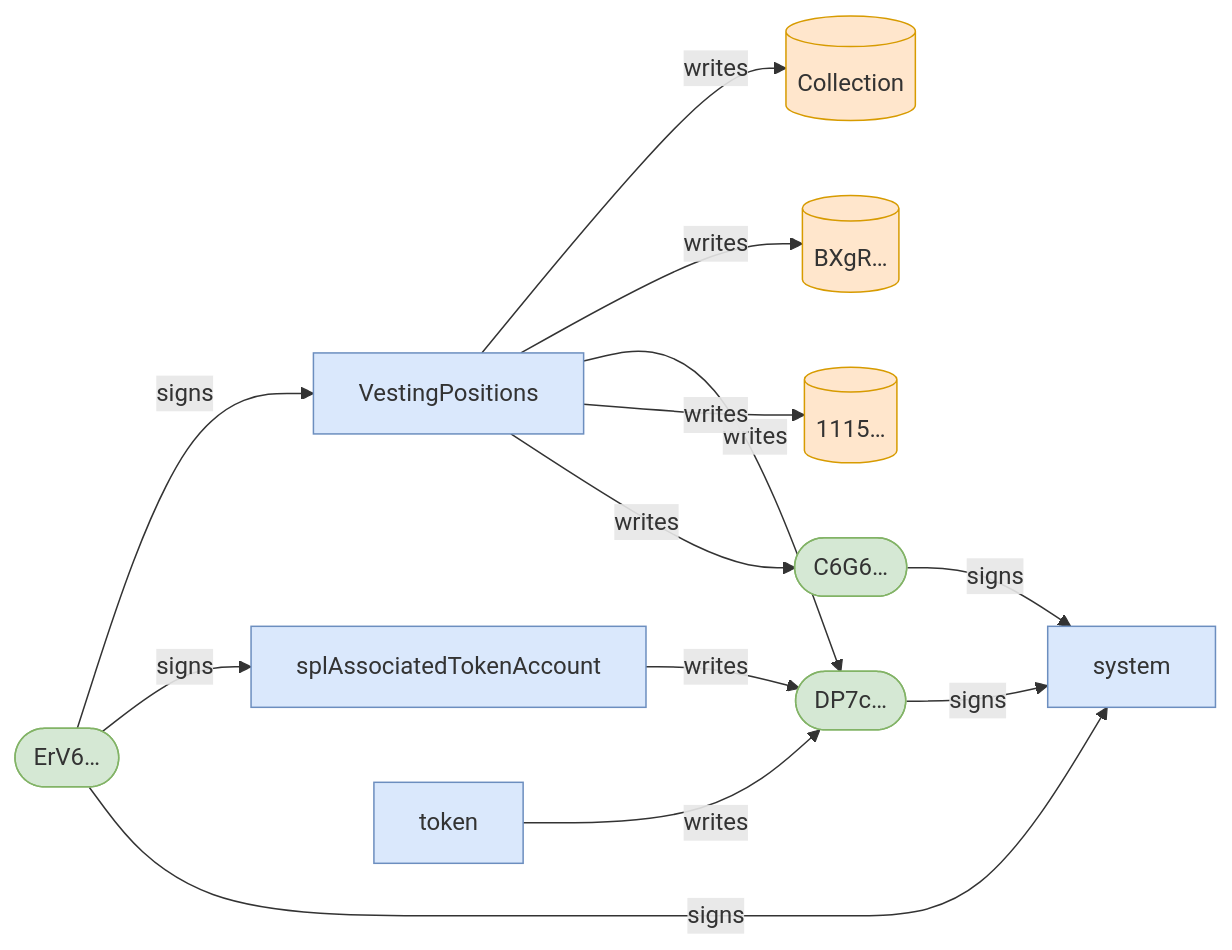
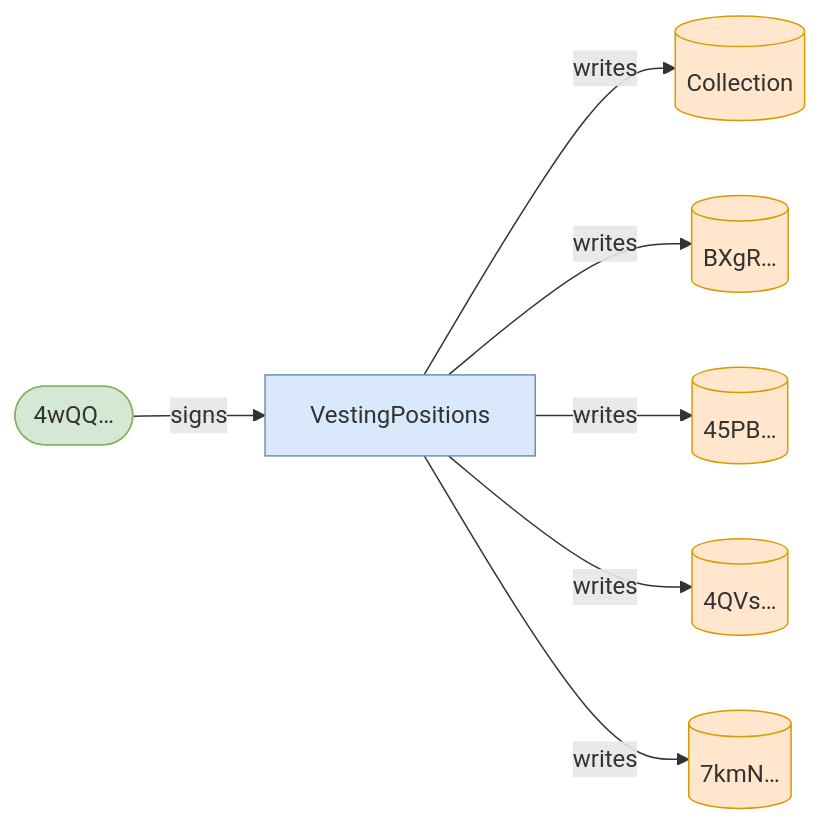
The second of 3 diagrams in babelfish-tests/test-report/scenario_7_fully_claimed_position_frozen.md (cds-turbin3/vesting-position), drawn with Mermaid before and after one commit. The commit also changed other lines of this file and 50 other files, not shown here.

````diff
--- a/babelfish-tests/test-report/scenario_7_fully_claimed_position_frozen.md
+++ b/babelfish-tests/test-report/scenario_7_fully_claimed_position_frozen.md
@@ -43,28 +16,19 @@
 ```mermaid
 flowchart LR
     VestingPositions["VestingPositions"]:::program
-    ErV6(["ErV6…"]):::signer
+    4wQQ(["4wQQ…"]):::signer
     Collection[("Collection")]:::state
     BXgR[("BXgR…")]:::state
-    DP7c(["DP7c…"]):::signer
-    1115[("1115…")]:::state
-    C6G6(["C6G6…"]):::signer
-    splAssociatedTokenAccount["splAssociatedTokenAccount"]:::program
-    token["token"]:::program
-    system["system"]:::program
-    ErV6 -->|signs| VestingPositions
+    45PB[("45PB…")]:::state
+    4QVs[("4QVs…")]:::state
+    7kmN[("7kmN…")]:::state
+    4wQQ -->|signs| VestingPositions
     VestingPositions -->|writes| Collection
     VestingPositions -->|writes| BXgR
-    VestingPositions -->|writes| DP7c
-    VestingPositions -->|writes| 1115
-    VestingPositions -->|writes| C6G6
-    ErV6 -->|signs| splAssociatedTokenAccount
-    splAssociatedTokenAccount -->|writes| DP7c
-    ErV6 -->|signs| system
-    DP7c -->|signs| system
-    token -->|writes| DP7c
-    C6G6 -->|signs| system
+    VestingPositions -->|writes| 45PB
+    VestingPositions -->|writes| 4QVs
+    VestingPositions -->|writes| 7kmN
     classDef program fill:#dae8fc,stroke:#6c8ebf;
     classDef signer fill:#d5e8d4,stroke:#82b366;
     classDef state fill:#ffe6cc,stroke:#d79b00;
 ```
````
